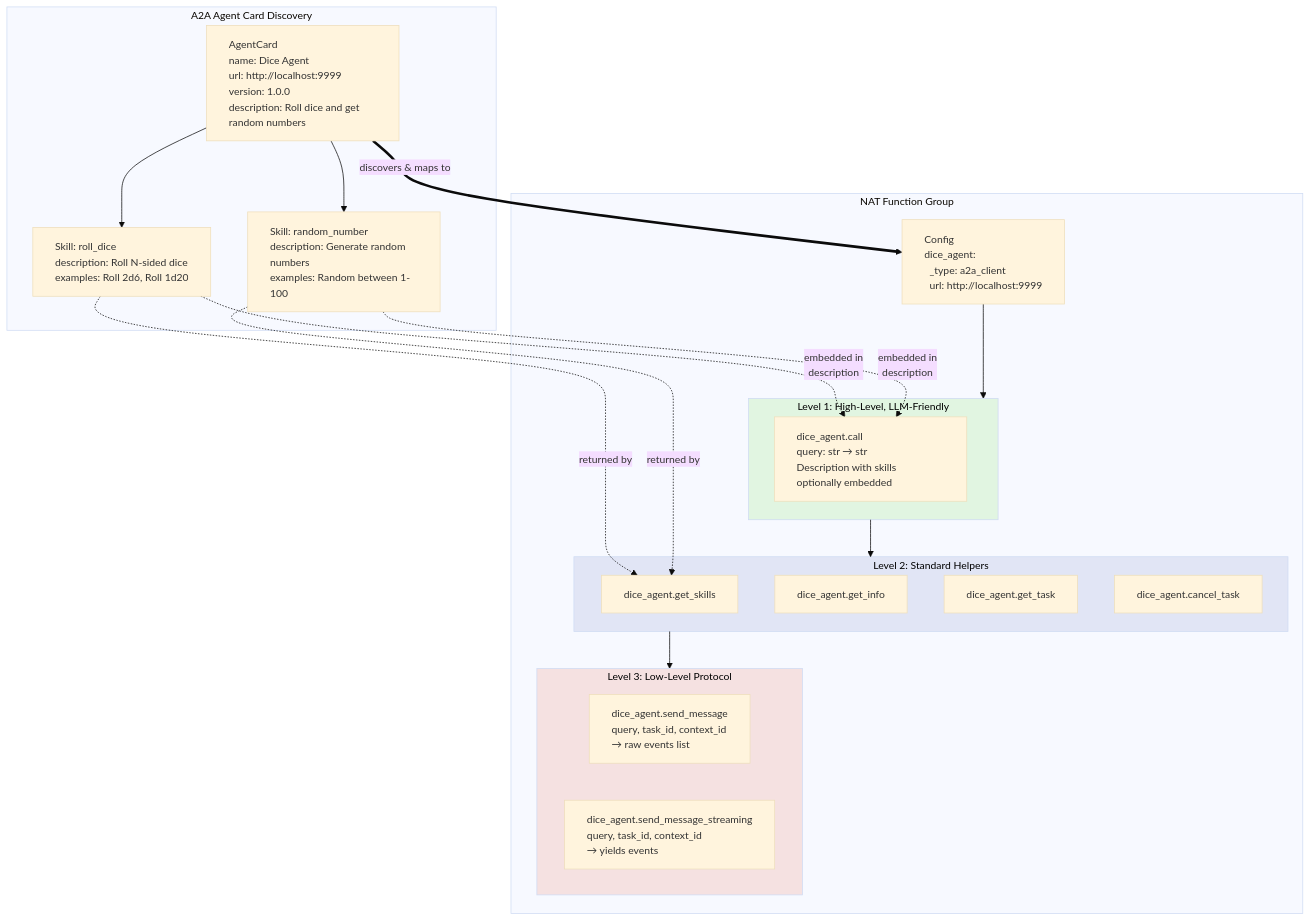
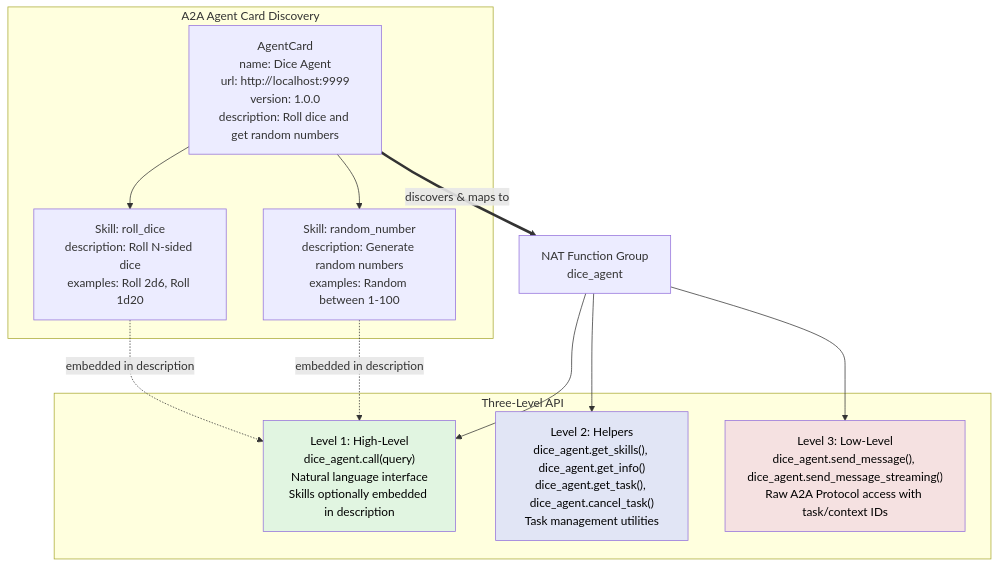
The second of 2 diagrams in docs/source/workflows/a2a/a2a-client.md (NVIDIA/NeMo-Agent-Toolkit), drawn with Mermaid before and after one commit.

Commit message:
Make the mermaid docs consistent

````diff
--- a/docs/source/workflows/a2a/a2a-client.md
+++ b/docs/source/workflows/a2a/a2a-client.md
@@ -205,48 +205,29 @@
 ```mermaid
-%%{init: {'theme':'base', 'themeVariables': {'fontSize':'14px'}}}%%
-graph TB
+flowchart TB
     subgraph A2A["A2A Agent Card Discovery"]
         AC[AgentCard<br/>name: Dice Agent<br/>url: http://localhost:9999<br/>version: 1.0.0<br/>description: Roll dice and get random numbers]
         S1[Skill: roll_dice<br/>description: Roll N-sided dice<br/>examples: Roll 2d6, Roll 1d20]
         S2[Skill: random_number<br/>description: Generate random numbers<br/>examples: Random between 1-100]
         AC --> S1
         AC --> S2
     end
 
-    subgraph NAT["NAT Function Group"]
-        FG[Config<br/>dice_agent:<br/>&nbsp; _type: a2a_client<br/>&nbsp; url: http://localhost:9999]
+    AC ==>|discovers & maps to| FG[NAT Function Group<br/>dice_agent]
 
-        subgraph Level1["Level 1: High-Level, LLM-Friendly"]
-            F1[dice_agent.call<br/>query: str → str<br/>Description with skills optionally embedded]
-        end
-
-        subgraph Level2["Level 2: Standard Helpers"]
-            F2[dice_agent.get_skills]
-            F3[dice_agent.get_info]
-            F4[dice_agent.get_task]
-            F5[dice_agent.cancel_task]
-        end
-
-        subgraph Level3["Level 3: Low-Level Protocol"]
-            F6[dice_agent.send_message<br/>query, task_id, context_id<br/>→ raw events list]
-            F7[dice_agent.send_message_streaming<br/>query, task_id, context_id<br/>→ yields events]
-        end
-
-        FG --> Level1
-        Level1 --> Level2
-        Level2 --> Level3
+    subgraph "Three-Level API"
+        L1["Level 1: High-Level<br/>dice_agent.call(query)<br/>Natural language interface<br/>Skills optionally embedded in description"]
+        L2["Level 2: Helpers<br/>dice_agent.get_skills(), dice_agent.get_info()<br/>dice_agent.get_task(), dice_agent.cancel_task()<br/>Task management utilities"]
+        L3["Level 3: Low-Level<br/>dice_agent.send_message(), dice_agent.send_message_streaming()<br/>Raw A2A Protocol access with task/context IDs"]
     end
 
-    AC ==>|discovers & maps to| FG
-    S1 -.->|embedded in<br/>description| F1
-    S2 -.->|embedded in<br/>description| F1
-    S1 -.->|returned by| F2
-    S2 -.->|returned by| F2
+    FG --> L1
+    FG --> L2
+    FG --> L3
 
-    classDef leftAlign text-align:left
-    class AC,S1,S2,FG,F1,F6,F7 leftAlign
+    S1 -.->|embedded in description| L1
+    S2 -.->|embedded in description| L1
 
-    style Level1 fill:#e1f5e1,color:#000
-    style Level2 fill:#e1e5f5,color:#000
-    style Level3 fill:#f5e1e1,color:#000
+    style L1 fill:#e1f5e1,color:#000
+    style L2 fill:#e1e5f5,color:#000
+    style L3 fill:#f5e1e1,color:#000
 ```
````
